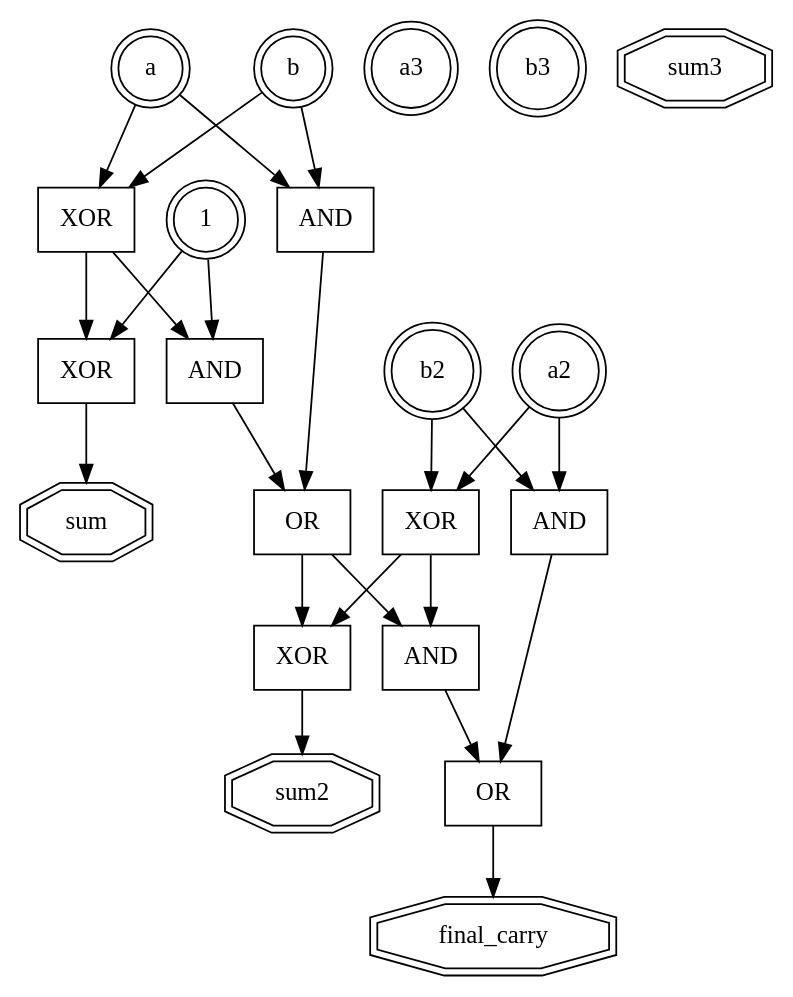
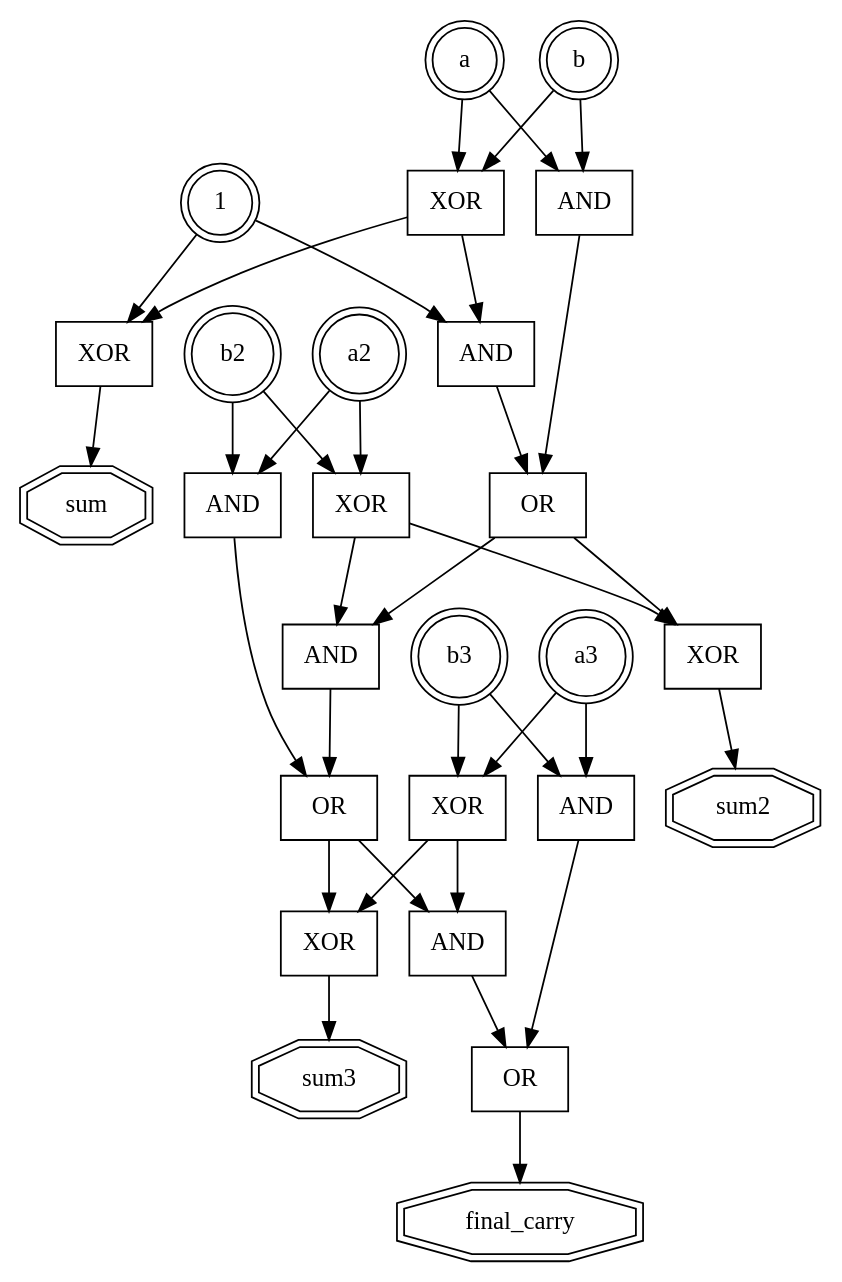
Before and after one commit to Fhoughton/logic-renderer-py: the diagram in output.dot, drawn with Graphviz. The commit also changed 2 other files, not shown here.

```diff
--- a/output.dot
+++ b/output.dot
@@ -1,46 +1,62 @@
 digraph {
 	0 [label=a shape=doublecircle]
 	1 [label=b shape=doublecircle]
 	2 [label=a2 shape=doublecircle]
 	3 [label=b2 shape=doublecircle]
 	4 [label=a3 shape=doublecircle]
 	5 [label=b3 shape=doublecircle]
 	6 [label=sum shape=doubleoctagon]
 	7 [label=sum2 shape=doubleoctagon]
 	8 [label=sum3 shape=doubleoctagon]
 	9 [label=final_carry shape=doubleoctagon]
 	10 [label=1 shape=doublecircle]
 	11 [label="XOR " shape=rectangle]
 	0 -> 11
 	1 -> 11
 	12 [label="AND " shape=rectangle]
 	0 -> 12
 	1 -> 12
 	13 [label="XOR " shape=rectangle]
 	11 -> 13
 	10 -> 13
 	13 -> 6
 	14 [label="AND " shape=rectangle]
 	11 -> 14
 	10 -> 14
 	15 [label="OR " shape=rectangle]
 	12 -> 15
 	14 -> 15
 	16 [label="XOR " shape=rectangle]
 	2 -> 16
 	3 -> 16
 	17 [label="AND " shape=rectangle]
 	2 -> 17
 	3 -> 17
 	18 [label="XOR " shape=rectangle]
 	16 -> 18
 	15 -> 18
 	18 -> 7
 	19 [label="AND " shape=rectangle]
 	16 -> 19
 	15 -> 19
 	20 [label="OR " shape=rectangle]
 	17 -> 20
 	19 -> 20
-	20 -> 9
+	21 [label="XOR " shape=rectangle]
+	4 -> 21
+	5 -> 21
+	22 [label="AND " shape=rectangle]
+	4 -> 22
+	5 -> 22
+	23 [label="XOR " shape=rectangle]
+	21 -> 23
+	20 -> 23
+	23 -> 8
+	24 [label="AND " shape=rectangle]
+	21 -> 24
+	20 -> 24
+	25 [label="OR " shape=rectangle]
+	22 -> 25
+	24 -> 25
+	25 -> 9
 }
```
